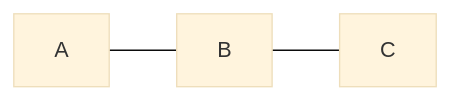
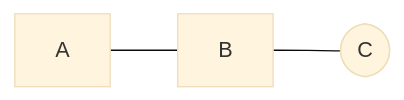
One commit to jaanos/jekyll-theme-primer changed the diagram in README.md. Above: the diagram before and after it, drawn with Mermaid (base theme).

````diff
--- a/README.md
+++ b/README.md
@@ -13,5 +13,5 @@
 ```mermaid
 graph LR
 
-A --- B --- C
+A --- B --- C([C])
 ```
````
